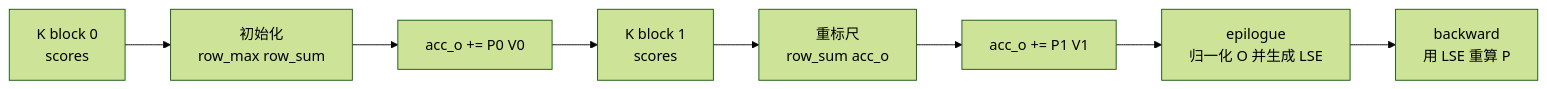
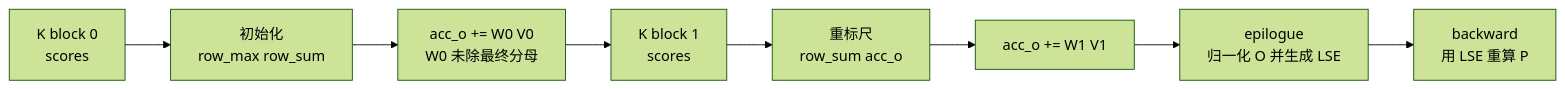
The diagram in flash-attn_reading/原理基础/Online-Softmax/FlashAttention-Online-Softmax.md (OnlyHero5/sglang-reading-vault), drawn with Mermaid (forest theme) before and after one commit. The commit also changed other lines of this file and 512 other files, not shown here.

````diff
--- a/flash-attn_reading/原理基础/Online-Softmax/FlashAttention-Online-Softmax.md
+++ b/flash-attn_reading/原理基础/Online-Softmax/FlashAttention-Online-Softmax.md
@@ -49,12 +49,12 @@
 ```mermaid
 flowchart LR
     S0["K block 0<br/>scores"]
     M0["初始化<br/>row_max row_sum"]
-    O0["acc_o += P0 V0"]
+    O0["acc_o += W0 V0<br/>W0 未除最终分母"]
     S1["K block 1<br/>scores"]
     R1["重标尺<br/>row_sum acc_o"]
-    O1["acc_o += P1 V1"]
+    O1["acc_o += W1 V1"]
     E["epilogue<br/>归一化 O 并生成 LSE"]
     B["backward<br/>用 LSE 重算 P"]
     S0 --> M0 --> O0 --> S1 --> R1 --> O1 --> E --> B
 ```
````
